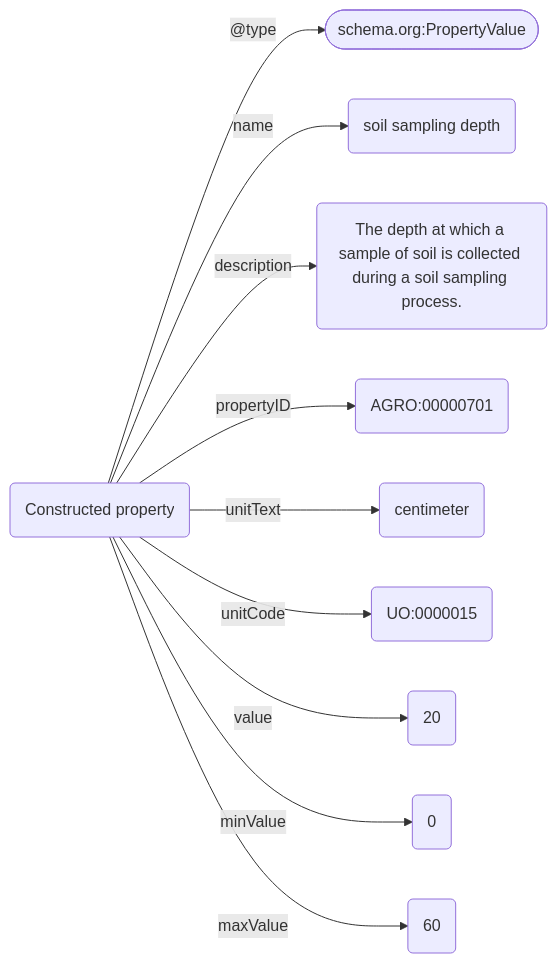
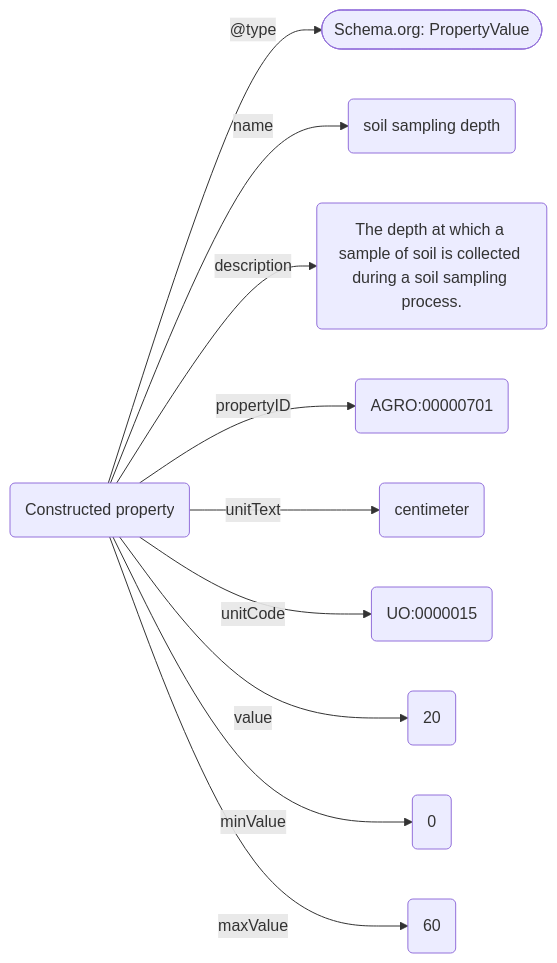
Before and after one commit to fairagro/agri-wg-bioschemas: the second of 2 diagrams in Tutorial/agrischemas_tutorial_draft.md, drawn with Mermaid. The commit also changed other lines of this file, not shown here.

````diff
--- a/Tutorial/agrischemas_tutorial_draft.md
+++ b/Tutorial/agrischemas_tutorial_draft.md
@@ -64,12 +72,12 @@
 ```mermaid
 flowchart LR;
-A("Constructed property")--"@type"-->B(["schema.org:PropertyValue"])
+A("Constructed property")--"@type"-->B(["Schema.org: PropertyValue"])
 A("Constructed property")--"name"-->C("soil sampling depth")
 A("Constructed property")--"description"-->D("The depth at which a sample of soil is collected during a soil sampling process.")
 A("Constructed property")--"propertyID"-->E("AGRO:00000701")
 A("Constructed property")--"unitText"-->F("centimeter")
 A("Constructed property")--"unitCode"-->G("UO:0000015")
 A("Constructed property")--"value"-->H("20")
 A("Constructed property")--"minValue"-->I("0")
 A("Constructed property")--"maxValue"-->J("60")
 ```
````
